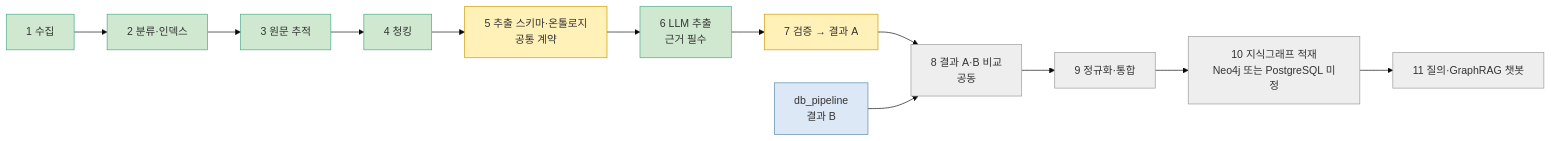
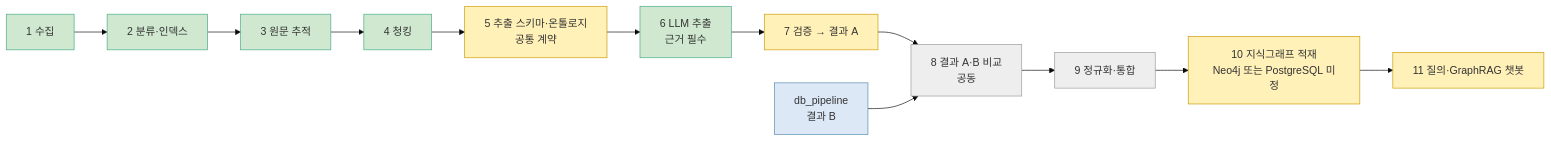
One commit to encore-ai-campus/mle-02-p2-team3 changed the second of 3 diagrams in docs/프로젝트-지도.md. Above: the diagram before and after it, drawn with Mermaid (base theme). The commit also changed other lines of this file and 28 other files, not shown here.

````diff
--- a/docs/프로젝트-지도.md
+++ b/docs/프로젝트-지도.md
@@ -29,19 +29,19 @@
 ```mermaid
 flowchart LR
     A[1 수집] --> B[2 분류·인덱스] --> C[3 원문 추적] --> D[4 청킹]
     D --> O[5 추출 스키마·온톨로지<br/>공통 계약]
     O --> E[6 LLM 추출<br/>근거 필수]
     E --> F[7 검증 → 결과 A]
     F --> CMP[8 결과 A·B 비교<br/>공동]
     DBP[db_pipeline<br/>결과 B]:::other --> CMP
     CMP --> N[9 정규화·통합]
     N --> KG[10 지식그래프 적재<br/>Neo4j 또는 PostgreSQL 미정]
     KG --> Q[11 질의·GraphRAG 챗봇]
     classDef done fill:#cfe8cf,stroke:#4a8
     classDef doing fill:#fff1b8,stroke:#c90
     classDef todo fill:#eee,stroke:#999
     classDef other fill:#dde8f7,stroke:#58a
     class A,B,C,D,E done
-    class O,F doing
-    class CMP,N,KG,Q todo
+    class O,F,KG,Q doing
+    class CMP,N todo
 ```
````
